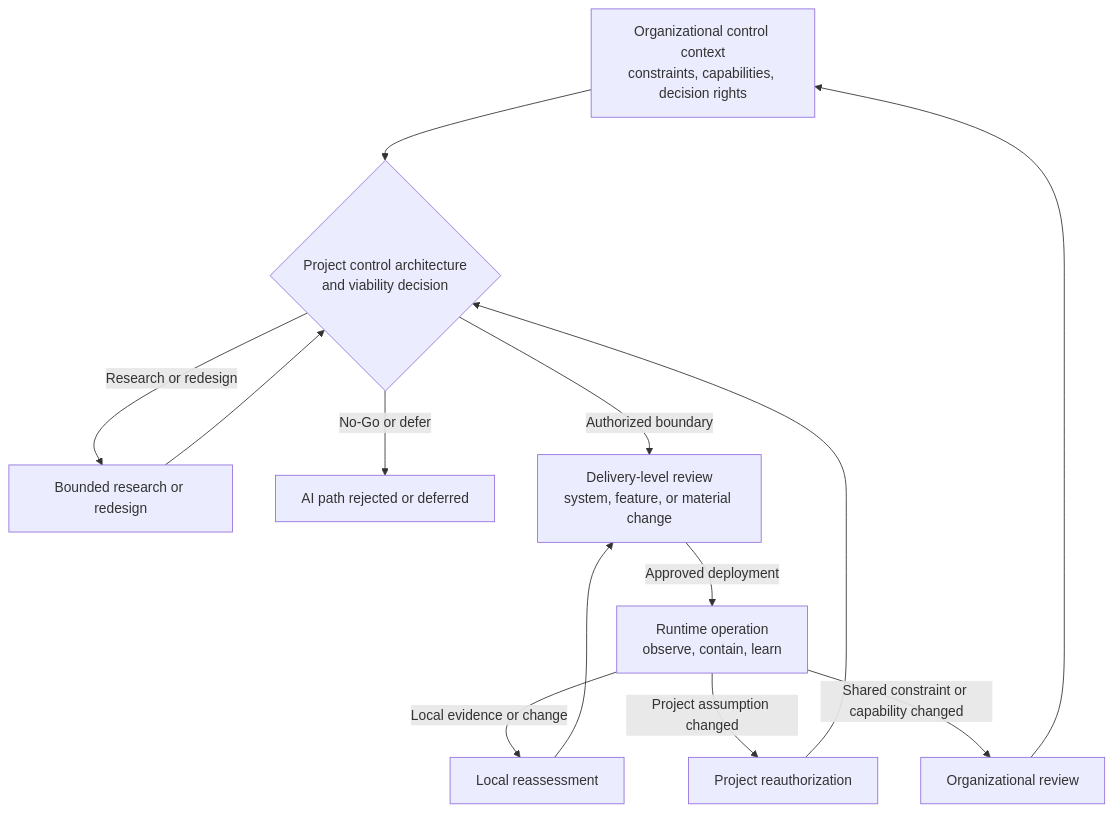
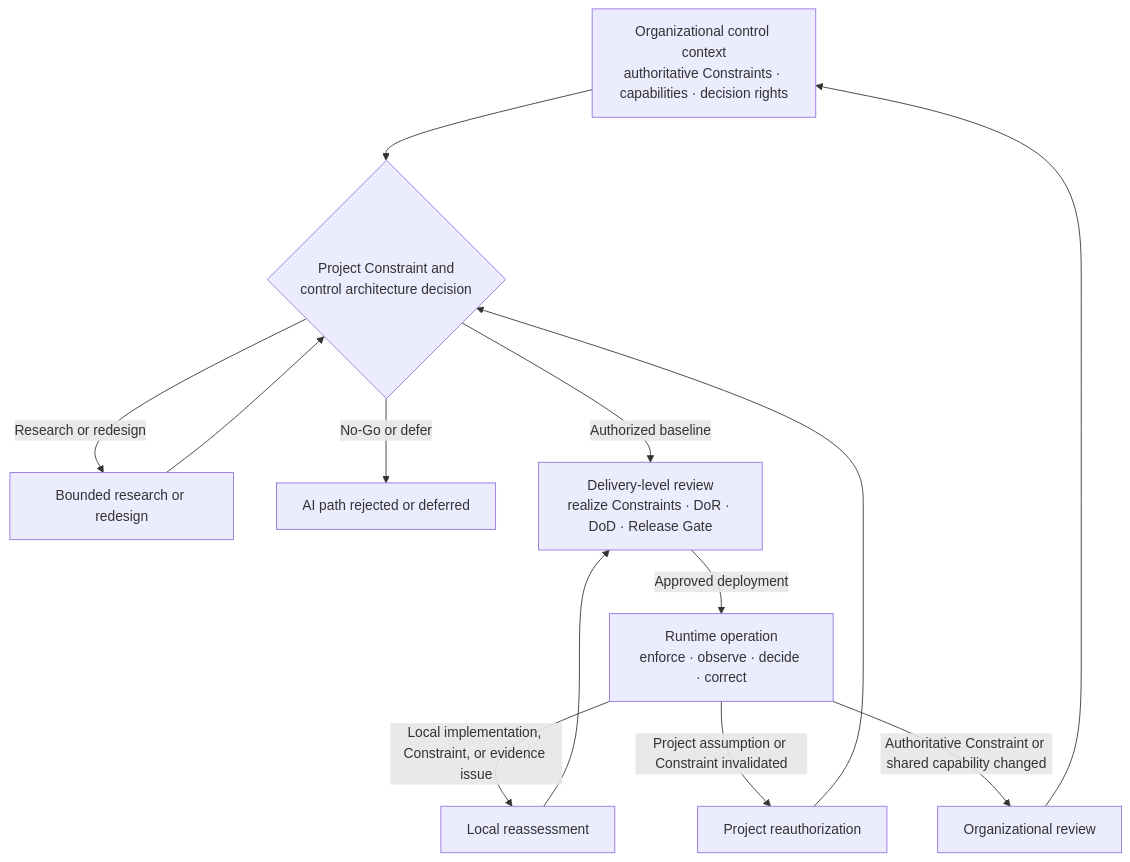
Before and after one commit to UncertaintyArchitectureGroup/uncertainty-architecture: the second of 2 diagrams in 00-doctrine/uncertainty-in-the-controlled-object.md, drawn with Mermaid. The commit also changed other lines of this file, not shown here.

Commit message:
docs: connect controlled-object doctrine to constraints

````diff
--- a/00-doctrine/uncertainty-in-the-controlled-object.md
+++ b/00-doctrine/uncertainty-in-the-controlled-object.md
@@ -251,21 +283,21 @@
 ```mermaid
 flowchart TB
-    ORG[Organizational control context<br/>constraints, capabilities, decision rights]
-    PROJ{Project control architecture<br/>and viability decision}
+    ORG[Organizational control context<br/>authoritative Constraints · capabilities · decision rights]
+    PROJ{Project Constraint and<br/>control architecture decision}
     RESEARCH[Bounded research or redesign]
     STOP[AI path rejected or deferred]
-    DELIV[Delivery-level review<br/>system, feature, or material change]
-    RUN[Runtime operation<br/>observe, contain, learn]
+    DELIV[Delivery-level review<br/>realize Constraints · DoR · DoD · Release Gate]
+    RUN[Runtime operation<br/>enforce · observe · decide · correct]
     LOCAL[Local reassessment]
     REAUTH[Project reauthorization]
     ORGREVIEW[Organizational review]
 
     ORG --> PROJ
-    PROJ -->|Authorized boundary| DELIV
+    PROJ -->|Authorized baseline| DELIV
     PROJ -->|Research or redesign| RESEARCH --> PROJ
     PROJ -->|No-Go or defer| STOP
     DELIV -->|Approved deployment| RUN
-    RUN -->|Local evidence or change| LOCAL --> DELIV
-    RUN -->|Project assumption changed| REAUTH --> PROJ
-    RUN -->|Shared constraint or capability changed| ORGREVIEW --> ORG
+    RUN -->|Local implementation, Constraint, or evidence issue| LOCAL --> DELIV
+    RUN -->|Project assumption or Constraint invalidated| REAUTH --> PROJ
+    RUN -->|Authoritative Constraint or shared capability changed| ORGREVIEW --> ORG
 ```
````
